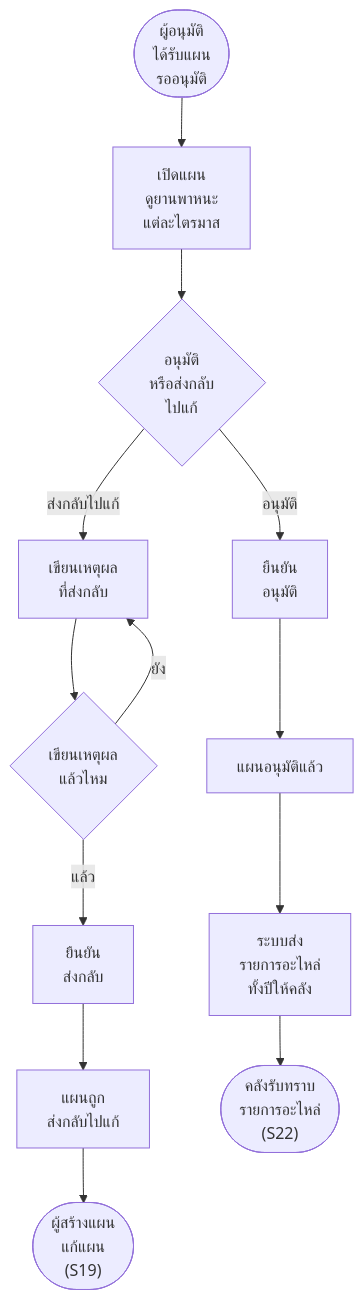
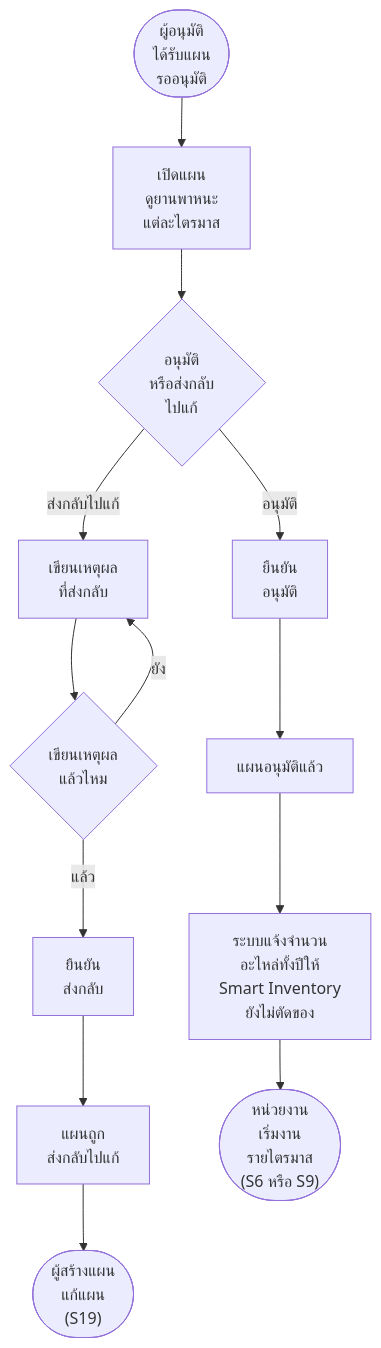
The second of 20 diagrams in Diagram/01-บำรุงรักษาตามวาระ/27-บำรุงรักษา-flowchart-กิจกรรม.md (anugmail/Maintenance-Request-Form), drawn with Mermaid before and after one commit. The commit also changed other lines of this file and 10 other files, not shown here.

````diff
--- a/Diagram/01-บำรุงรักษาตามวาระ/27-บำรุงรักษา-flowchart-กิจกรรม.md
+++ b/Diagram/01-บำรุงรักษาตามวาระ/27-บำรุงรักษา-flowchart-กิจกรรม.md
@@ -49,15 +49,15 @@
 ```mermaid
 flowchart TD
     S(["ผู้อนุมัติ<br/>ได้รับแผน<br/>รออนุมัติ"]) --> A1["เปิดแผน<br/>ดูยานพาหนะ<br/>แต่ละไตรมาส"]
     A1 --> Q1{"อนุมัติ<br/>หรือส่งกลับ<br/>ไปแก้"}
     Q1 -->|ส่งกลับไปแก้| A2["เขียนเหตุผล<br/>ที่ส่งกลับ"]
     A2 --> Q2{"เขียนเหตุผล<br/>แล้วไหม"}
     Q2 -->|ยัง| A2
     Q2 -->|แล้ว| A3["ยืนยัน<br/>ส่งกลับ"]
     A3 --> A4["แผนถูก<br/>ส่งกลับไปแก้"]
     A4 --> E1(["ผู้สร้างแผน<br/>แก้แผน<br/>(S19)"])
     Q1 -->|อนุมัติ| A5["ยืนยัน<br/>อนุมัติ"]
     A5 --> A6["แผนอนุมัติแล้ว"]
-    A6 --> A7["ระบบส่ง<br/>รายการอะไหล่<br/>ทั้งปีให้คลัง"]
-    A7 --> E2(["คลังรับทราบ<br/>รายการอะไหล่<br/>(S22)"])
+    A6 --> A7["ระบบแจ้งจำนวน<br/>อะไหล่ทั้งปีให้<br/>Smart Inventory<br/>ยังไม่ตัดของ"]
+    A7 --> E2(["หน่วยงาน<br/>เริ่มงาน<br/>รายไตรมาส<br/>(S6 หรือ S9)"])
 ```
````
